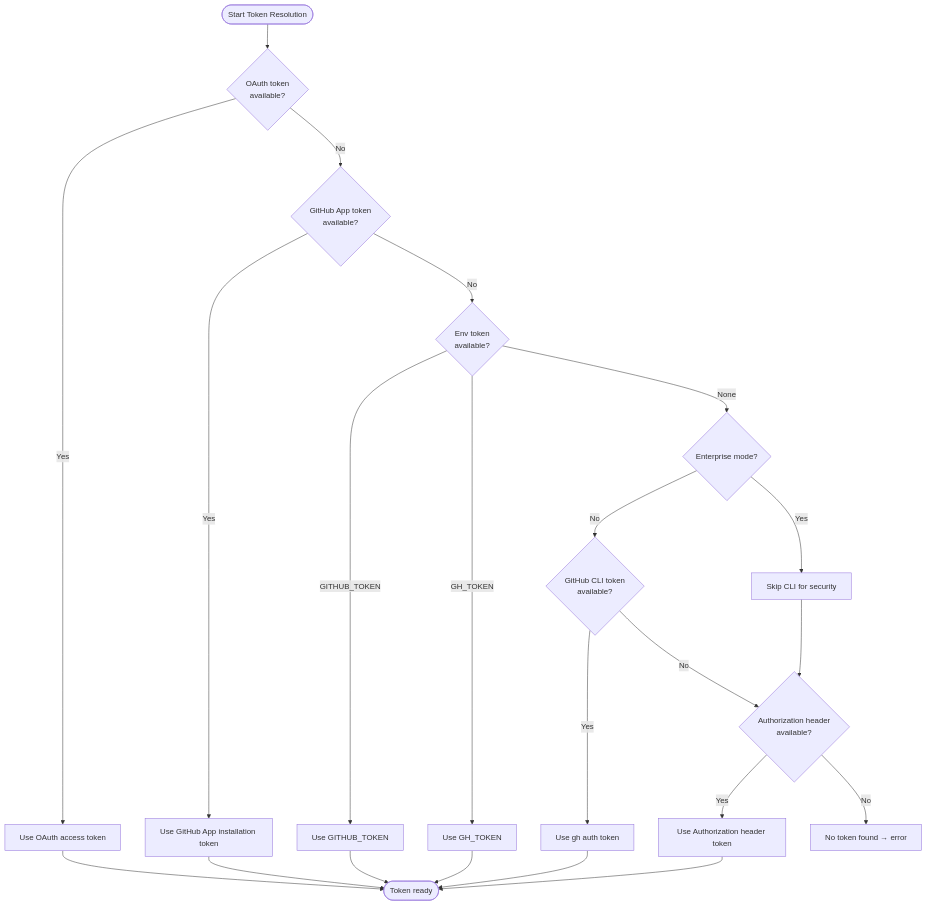
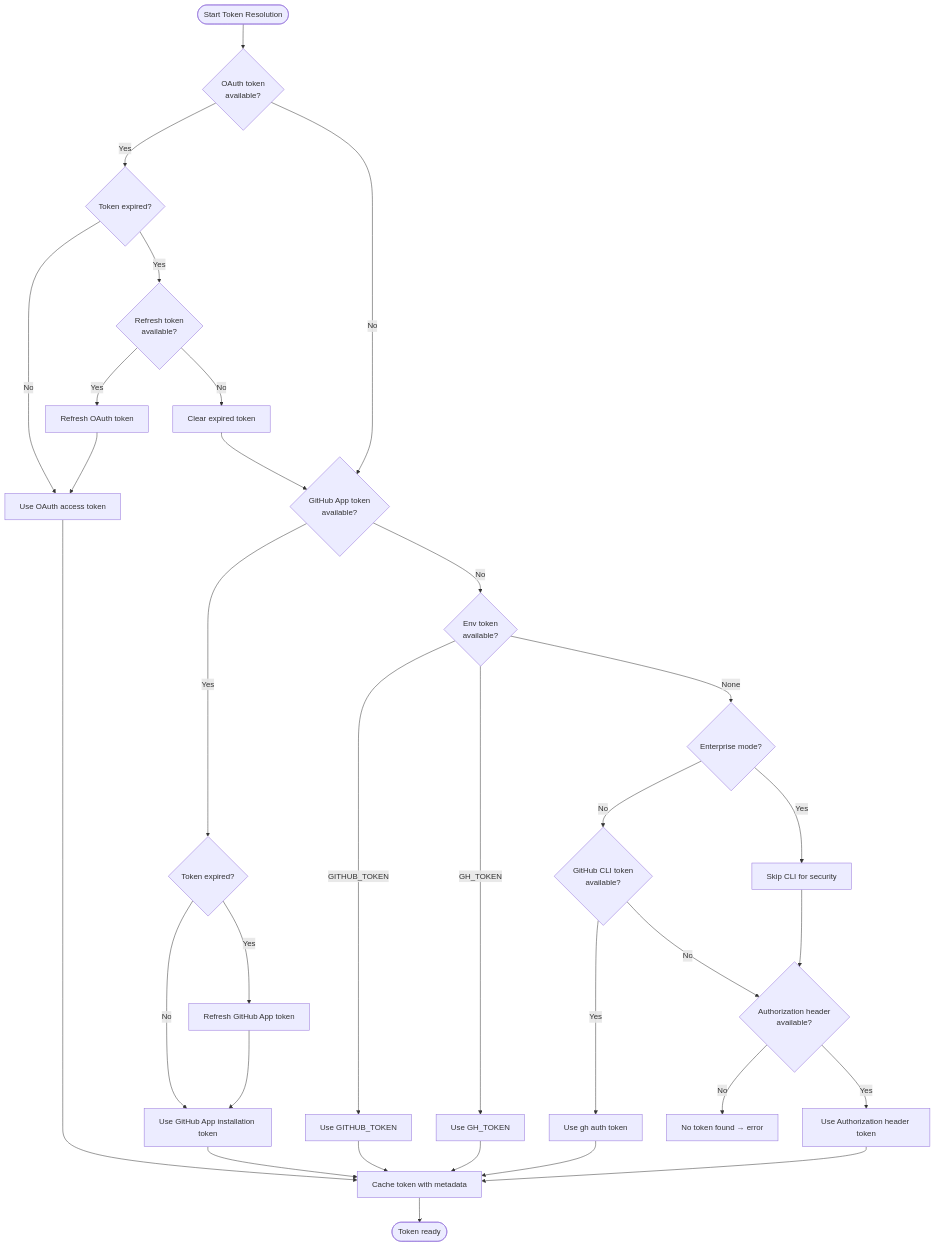
The third of 4 diagrams in packages/octocode-mcp/docs/AUTHENTICATION.md (bgauryy/octocode-mcp), drawn with Mermaid before and after one commit. The commit also changed other lines of this file and 38 other files, not shown here.

````diff
--- a/packages/octocode-mcp/docs/AUTHENTICATION.md
+++ b/packages/octocode-mcp/docs/AUTHENTICATION.md
@@ -132,31 +193,44 @@
 ```mermaid
 flowchart TD
     Start([Start Token Resolution]) --> CheckOAuth{OAuth token
 available?}
-    CheckOAuth -- Yes --> UseOAuth[Use OAuth access token]
+    CheckOAuth -- Yes --> ValidateOAuth{Token expired?}
+    ValidateOAuth -- No --> UseOAuth[Use OAuth access token]
+    ValidateOAuth -- Yes --> RefreshOAuth{Refresh token
+available?}
+    RefreshOAuth -- Yes --> DoRefresh[Refresh OAuth token]
+    RefreshOAuth -- No --> ClearOAuth[Clear expired token]
+    DoRefresh --> UseOAuth
+    ClearOAuth --> CheckApp
+    
     CheckOAuth -- No --> CheckApp{GitHub App token
 available?}
-    CheckApp -- Yes --> UseApp[Use GitHub App installation token]
+    CheckApp -- Yes --> ValidateApp{Token expired?}
+    ValidateApp -- No --> UseApp[Use GitHub App installation token]
+    ValidateApp -- Yes --> RefreshApp[Refresh GitHub App token]
+    RefreshApp --> UseApp
+    
     CheckApp -- No --> CheckEnv{Env token
 available?}
     CheckEnv -- GITHUB_TOKEN --> UseEnv1[Use GITHUB_TOKEN]
     CheckEnv -- GH_TOKEN --> UseEnv2[Use GH_TOKEN]
     CheckEnv -- None --> CheckEnterprise{Enterprise mode?}
     CheckEnterprise -- No --> TryCLI{GitHub CLI token
 available?}
     TryCLI -- Yes --> UseCLI[Use gh auth token]
     TryCLI -- No --> CheckAuthHeader{Authorization header
 available?}
     CheckEnterprise -- Yes --> SkipCLI[Skip CLI for security]
     SkipCLI --> CheckAuthHeader
     CheckAuthHeader -- Yes --> UseHeader[Use Authorization header token]
     CheckAuthHeader -- No --> Fail[No token found → error]
 
     %% Success nodes converge
-    UseOAuth --> Done([Token ready])
-    UseApp --> Done
-    UseEnv1 --> Done
-    UseEnv2 --> Done
-    UseCLI --> Done
-    UseHeader --> Done
+    UseOAuth --> CacheToken[Cache token with metadata]
+    UseApp --> CacheToken
+    UseEnv1 --> CacheToken
+    UseEnv2 --> CacheToken
+    UseCLI --> CacheToken
+    UseHeader --> CacheToken
+    CacheToken --> Done([Token ready])
 ```
````
